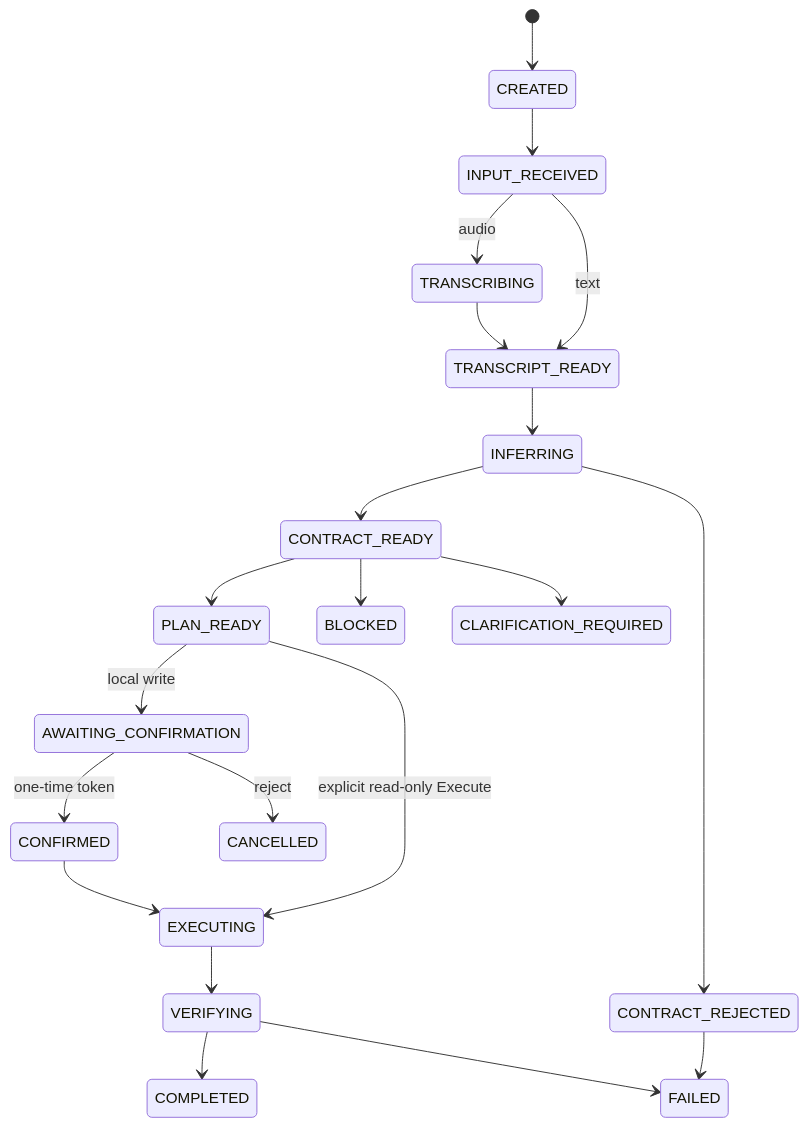
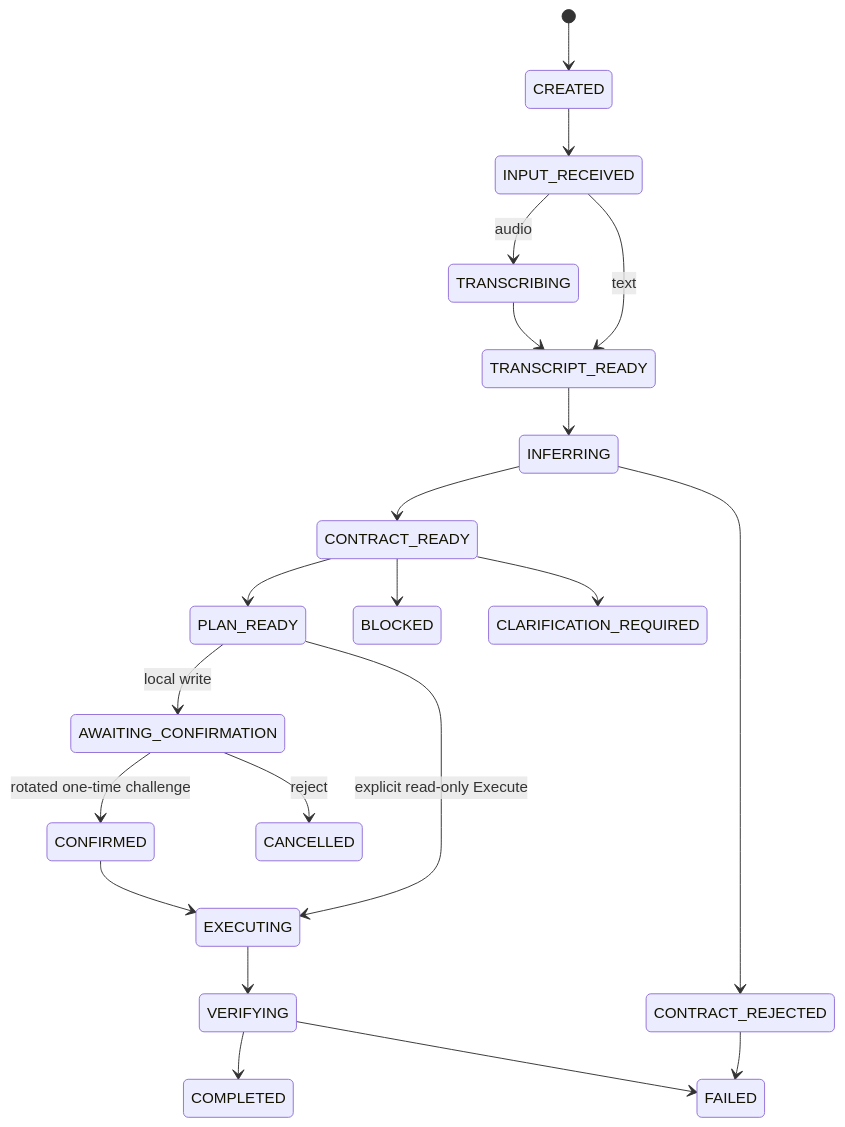
One commit to Raidriar7170/voice2task-posttraining changed the second of 2 diagrams in docs/demo/architecture.md. Above: the diagram before and after it, drawn with Mermaid. The commit also changed other lines of this file and 56 other files, not shown here.

````diff
--- a/docs/demo/architecture.md
+++ b/docs/demo/architecture.md
@@ -26,23 +26,23 @@
 ```mermaid
 stateDiagram-v2
     [*] --> CREATED
     CREATED --> INPUT_RECEIVED
     INPUT_RECEIVED --> TRANSCRIBING: audio
     INPUT_RECEIVED --> TRANSCRIPT_READY: text
     TRANSCRIBING --> TRANSCRIPT_READY
     TRANSCRIPT_READY --> INFERRING
     INFERRING --> CONTRACT_READY
     INFERRING --> CONTRACT_REJECTED
     CONTRACT_REJECTED --> FAILED
     CONTRACT_READY --> PLAN_READY
     CONTRACT_READY --> BLOCKED
     CONTRACT_READY --> CLARIFICATION_REQUIRED
     PLAN_READY --> AWAITING_CONFIRMATION: local write
     PLAN_READY --> EXECUTING: explicit read-only Execute
-    AWAITING_CONFIRMATION --> CONFIRMED: one-time token
+    AWAITING_CONFIRMATION --> CONFIRMED: rotated one-time challenge
     AWAITING_CONFIRMATION --> CANCELLED: reject
     CONFIRMED --> EXECUTING
     EXECUTING --> VERIFYING
     VERIFYING --> COMPLETED
     VERIFYING --> FAILED
 ```
````
